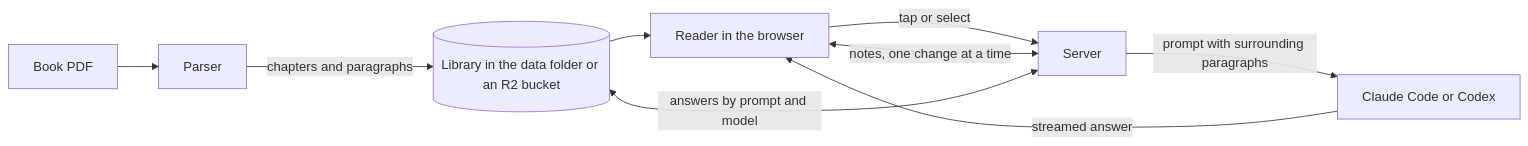
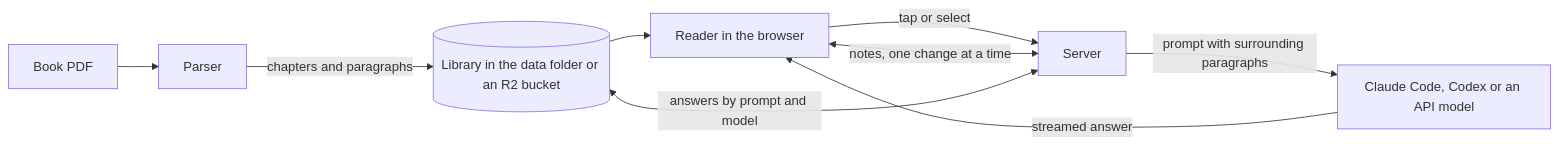
One commit to mrx-arafat/DeepRead changed the diagram in README.md. Above: the diagram before and after it, drawn with Mermaid. The commit also changed other lines of this file and 31 other files, not shown here.

````diff
--- a/README.md
+++ b/README.md
@@ -684,11 +770,11 @@
 ```mermaid
 flowchart LR
     PDF[Book PDF] --> Parser
     Parser -->|chapters and paragraphs| Library[(Library in the data folder or an R2 bucket)]
     Library --> Reader[Reader in the browser]
     Reader -->|tap or select| Server
-    Server -->|prompt with surrounding paragraphs| AI[Claude Code or Codex]
+    Server -->|prompt with surrounding paragraphs| AI[Claude Code, Codex or an API model]
     AI -->|streamed answer| Reader
     Server <-->|answers by prompt and model| Library
     Reader <-->|notes, one change at a time| Server
 ```
````
